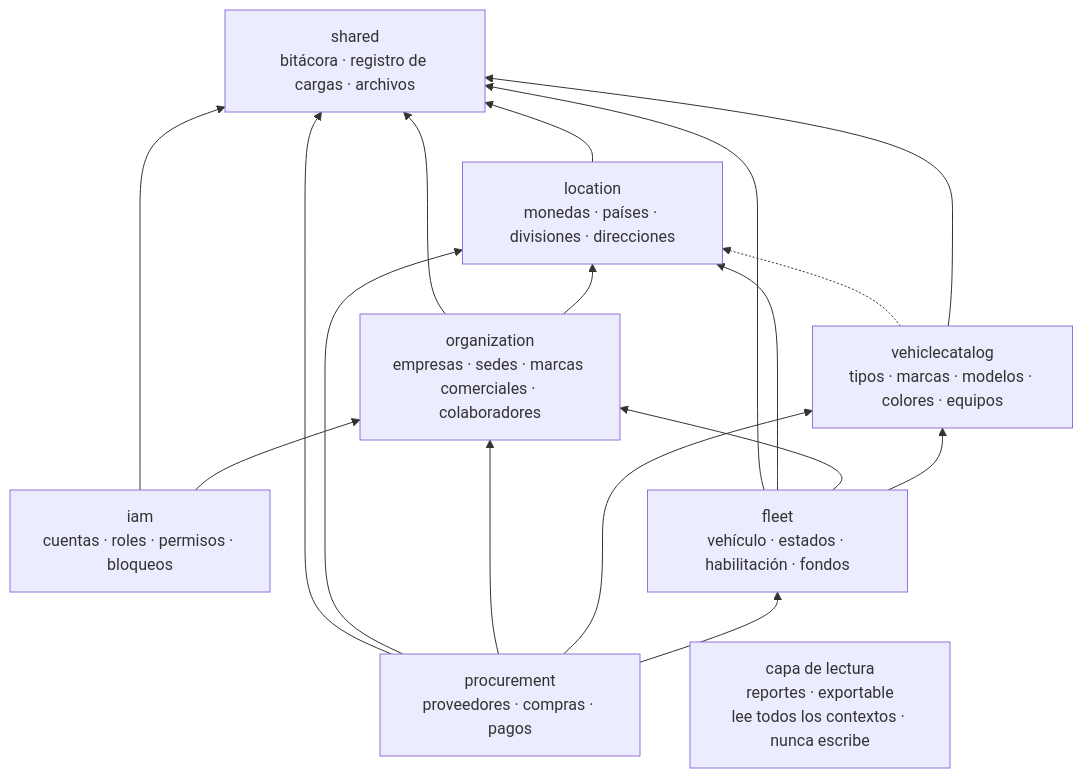
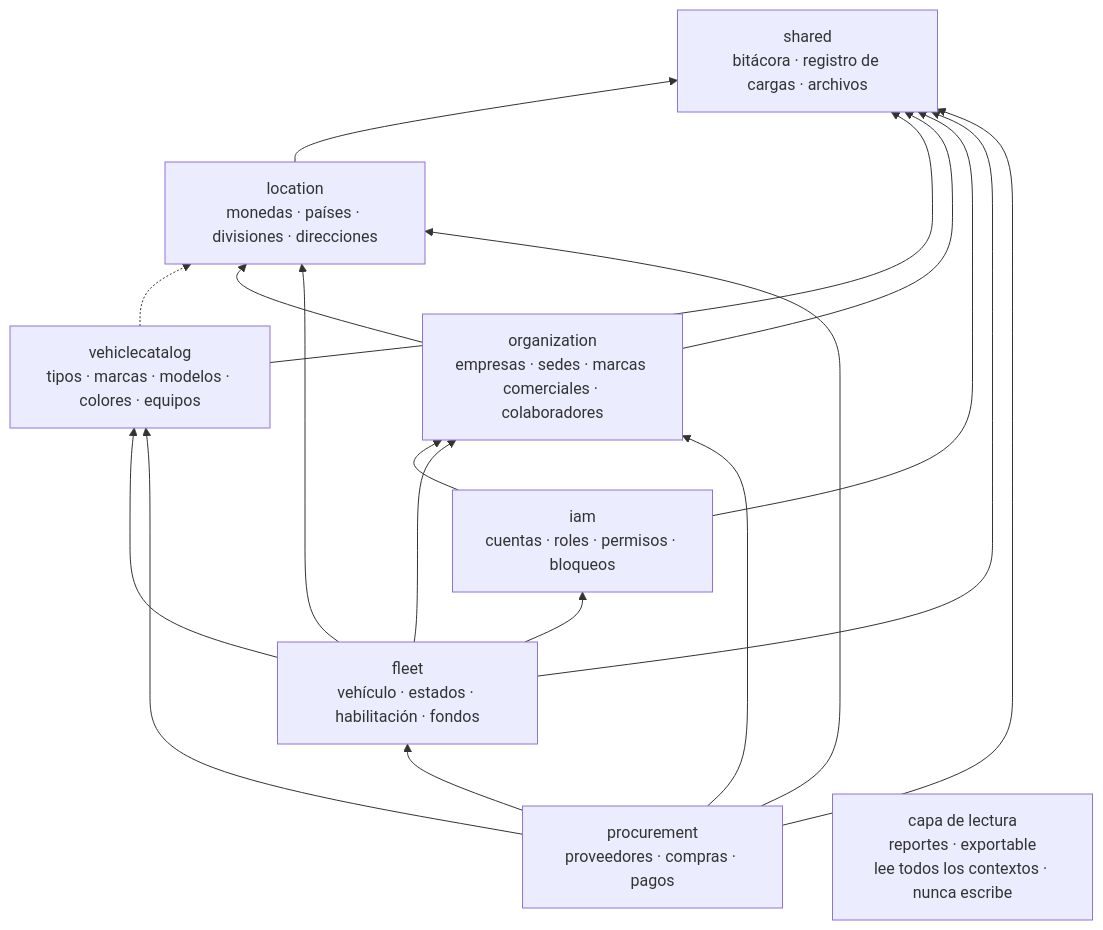
Before and after one commit to erp-millennium-mobility-sac/erp-millennium-mobility-documentation: the diagram in mapa-de-contextos-millennium-mobility.md, drawn with Mermaid. The commit also changed other lines of this file and 6 other files, not shown here.

````diff
--- a/mapa-de-contextos-millennium-mobility.md
+++ b/mapa-de-contextos-millennium-mobility.md
@@ -86,28 +86,29 @@
 ```mermaid
 flowchart BT
   shared["shared<br/>bitácora · registro de cargas · archivos"]
   location["location<br/>monedas · países · divisiones · direcciones"]
   iam["iam<br/>cuentas · roles · permisos · bloqueos"]
   catalog["vehiclecatalog<br/>tipos · marcas · modelos · colores · equipos"]
   org["organization<br/>empresas · sedes · marcas comerciales · colaboradores"]
   fleet["fleet<br/>vehículo · estados · habilitación · fondos"]
   proc["procurement<br/>proveedores · compras · pagos"]
   reports["capa de lectura<br/>reportes · exportable<br/>lee todos los contextos · nunca escribe"]
 
   location --> shared
   catalog --> shared
   catalog -.-> location
   org --> location
   org --> shared
   iam --> org
   iam --> shared
   fleet --> catalog
   fleet --> org
+  fleet --> iam
   fleet --> location
   fleet --> shared
   proc --> fleet
   proc --> catalog
   proc --> org
   proc --> location
   proc --> shared
 ```
````
